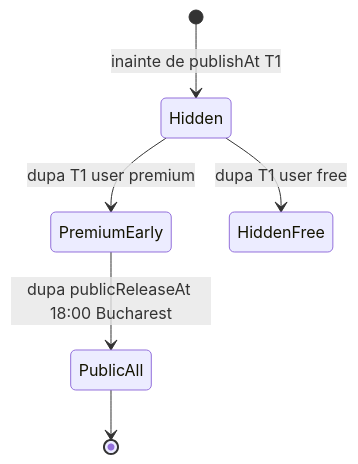
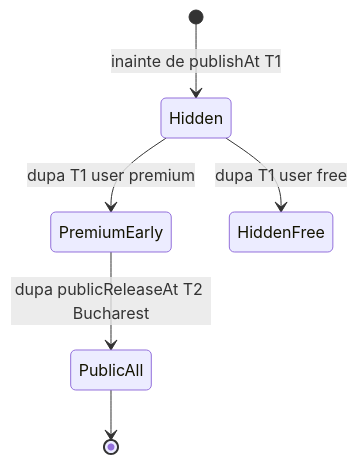
Before and after one commit to RaduPopescu95/TarrotByAIWebsite: the ninth of 11 diagrams in MANUAL_QA_FUNCTII_NOI.md, drawn with Mermaid. The commit also changed other lines of this file and 17 other files, not shown here.

````diff
--- a/MANUAL_QA_FUNCTII_NOI.md
+++ b/MANUAL_QA_FUNCTII_NOI.md
@@ -557,8 +557,8 @@
 ```mermaid
 stateDiagram-v2
   [*] --> Hidden: inainte de publishAt T1
   Hidden --> PremiumEarly: dupa T1 user premium
   Hidden --> HiddenFree: dupa T1 user free
-  PremiumEarly --> PublicAll: dupa publicReleaseAt 18:00 Bucharest
+  PremiumEarly --> PublicAll: dupa publicReleaseAt T2 Bucharest
   PublicAll --> [*]
 ```
````
